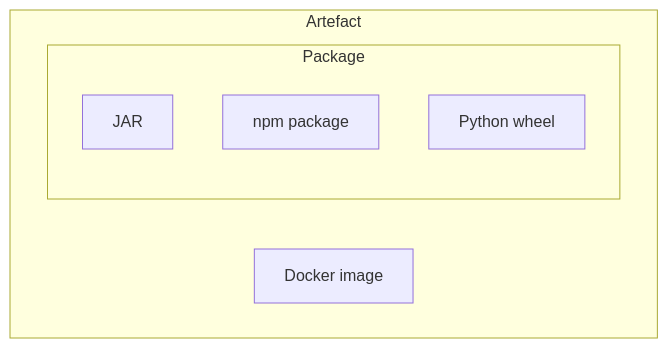
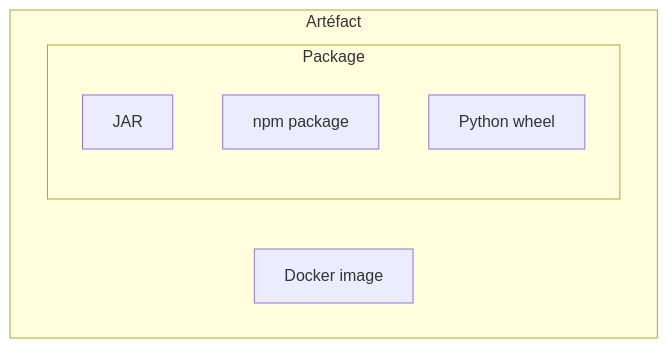
The second of 2 diagrams in static/slide/artifact.md (blueur/dop-24), drawn with Mermaid before and after one commit. The commit also changed 6 other files, not shown here.

````diff
--- a/static/slide/artifact.md
+++ b/static/slide/artifact.md
@@ -221,11 +221,11 @@
 ```mermaid
 flowchart
-subgraph "Artefact"
+subgraph "Artéfact"
   docker[Docker image]
   subgraph "Package"
     jar[JAR]
     npm[npm package]
     python[Python wheel]
   end
 end
 ```
````
